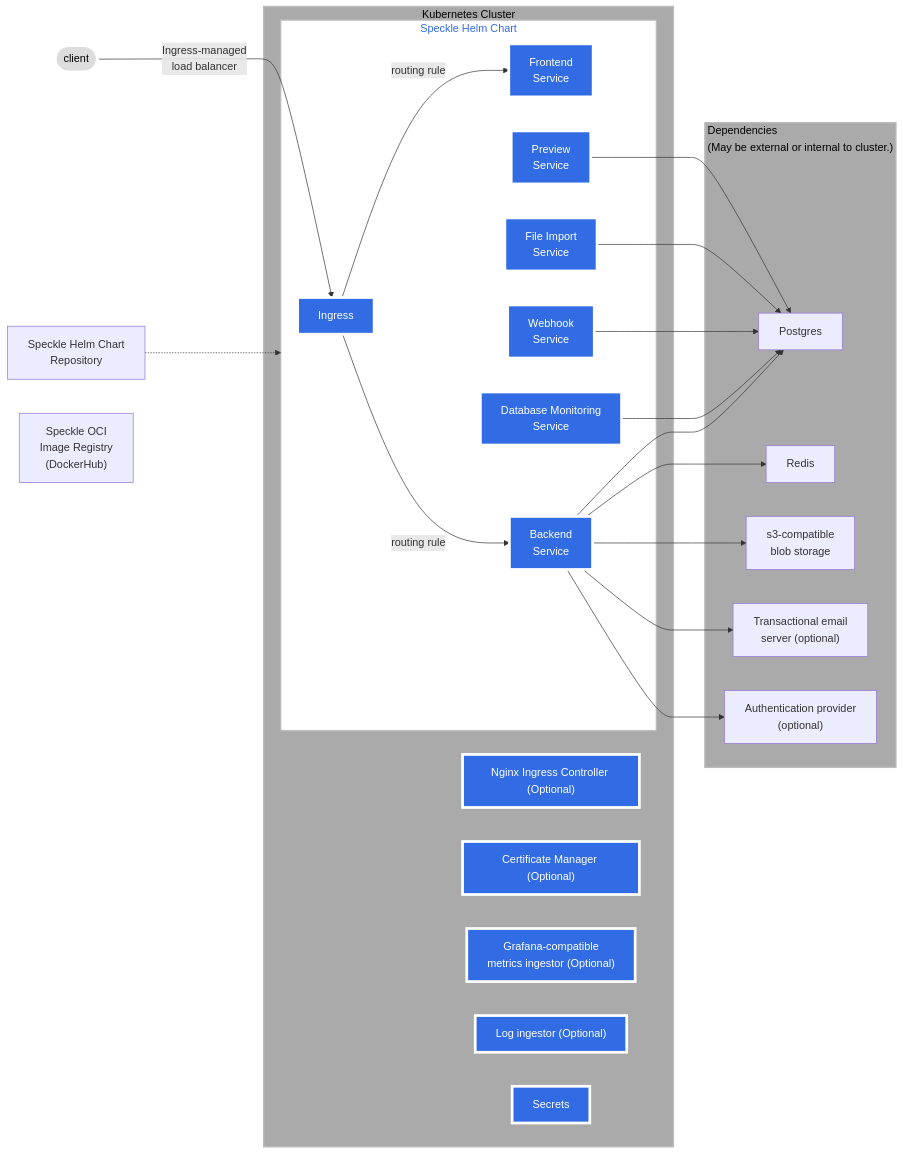
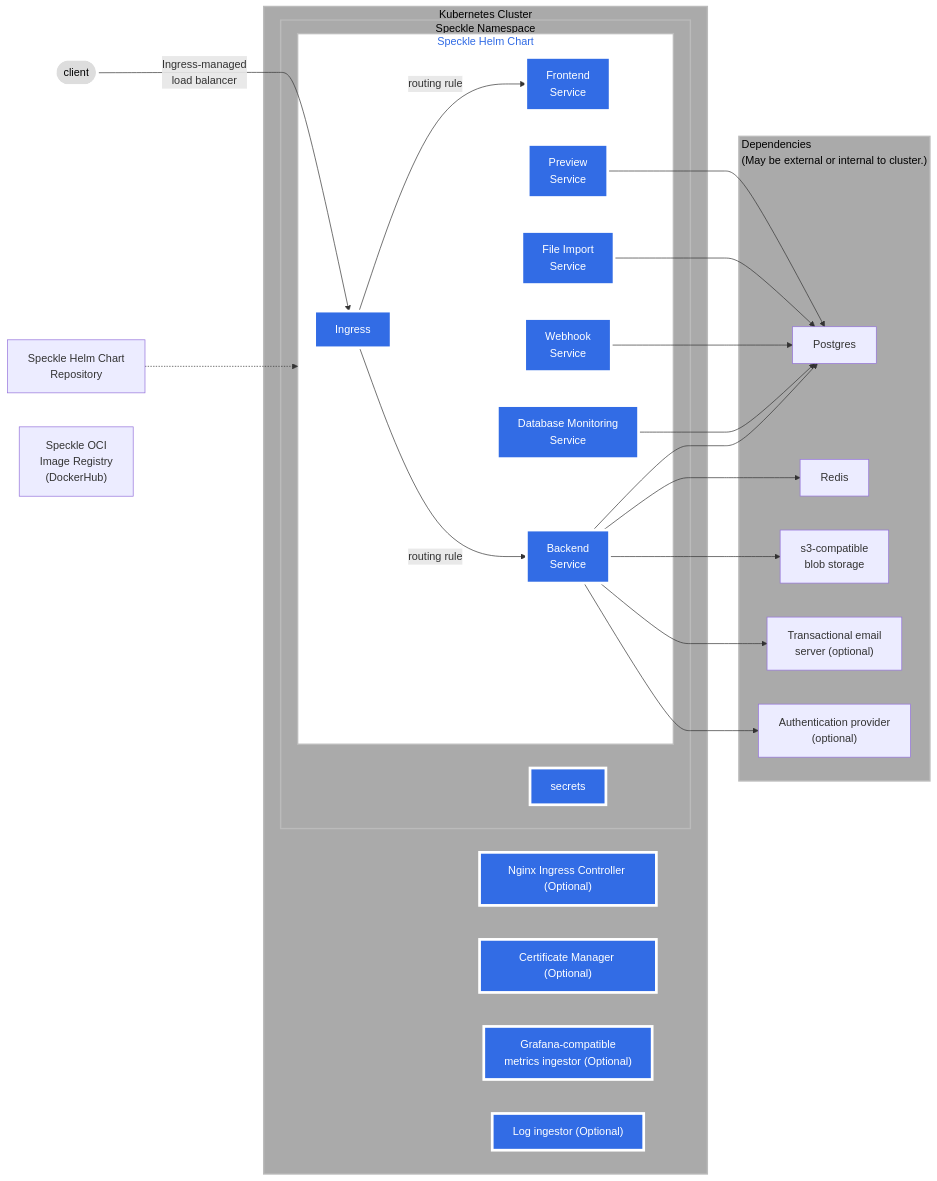
One commit to specklesystems/speckle-server changed the diagram in utils/helm/speckle-server/schematic.md. Above: the diagram before and after it, drawn with Mermaid.

Commit message:
Explicitly show namespace containing secrets

````diff
--- a/utils/helm/speckle-server/schematic.md
+++ b/utils/helm/speckle-server/schematic.md
@@ -3,56 +3,60 @@
 ```mermaid
 graph LR;
  client([client])-->|Ingress-managed <br> load balancer|ingress[Ingress];
  helmrepo["Speckle Helm Chart <br> Repository"]
  click helmrepo "https://specklesystems.github.io/helm/" _blank
  imageregistry["Speckle OCI <br> Image Registry <br> (DockerHub)"]
  click imageregistry "https://hub.docker.com/r/speckle/speckle-server" _blank
  helmrepo-.->helm;
 
  subgraph helm[Speckle Helm Chart]
  ingress;
  ingress-->|routing rule|svcfrontend[Frontend <br> Service];
  ingress-->|routing rule|backend[Backend <br> Service];
  svcfrontend;
  backend;
  preview[Preview <br> Service];
  fileimport[File Import <br> Service];
  webhook[Webhook <br> Service];
  databasemonitor[Database Monitoring <br> Service];
  end
 
+ subgraph namespace[Speckle Namespace]
+ helm;
+ secrets;
+ end
+
  subgraph cluster[Kubernetes Cluster]
  nginx["Nginx Ingress Controller (Optional)"];
  certmanager["Certificate Manager (Optional)"];
  monitoring["Grafana-compatible <br> metrics ingestor (Optional)"];
  logging["Log ingestor (Optional)"];
- secrets["Secrets"]
- helm;
+ namespace;
  end
 
  preview-->postgres;
  fileimport-->postgres;
  webhook-->postgres;
  databasemonitor-->postgres;
  backend-->postgres;
  backend-->redis;
  backend-->blobstore;
  backend-->emailserver;
  backend-->authprovider;
 
  subgraph externalDependencies["Dependencies <br> (May be external or internal to cluster.)"]
  postgres[Postgres];
  redis[Redis];
  blobstore[s3-compatible <br> blob storage];
  emailserver["Transactional email <br> server (optional)"];
  authprovider["Authentication provider <br> (optional)"];
  end
  classDef plain fill:#ddd,stroke:#fff,stroke-width:4px,color:#000;
  classDef k8s fill:#326ce5,stroke:#fff,stroke-width:4px,color:#fff;
  classDef cluster fill:#aaa,stroke:#bbb,stroke-width:2px,color:#000;
  classDef helm fill:#fff,stroke:#bbb,stroke-width:2px,color:#326ce5;
  class ingress,test,svcfrontend,backend,preview,fileimport,webhook,databasemonitor,nginx,certmanager,monitoring,logging,secrets k8s;
  class client plain;
- class cluster,externalDependencies cluster;
+ class cluster,namespace,externalDependencies cluster;
  class helm helm;
 ```
````
